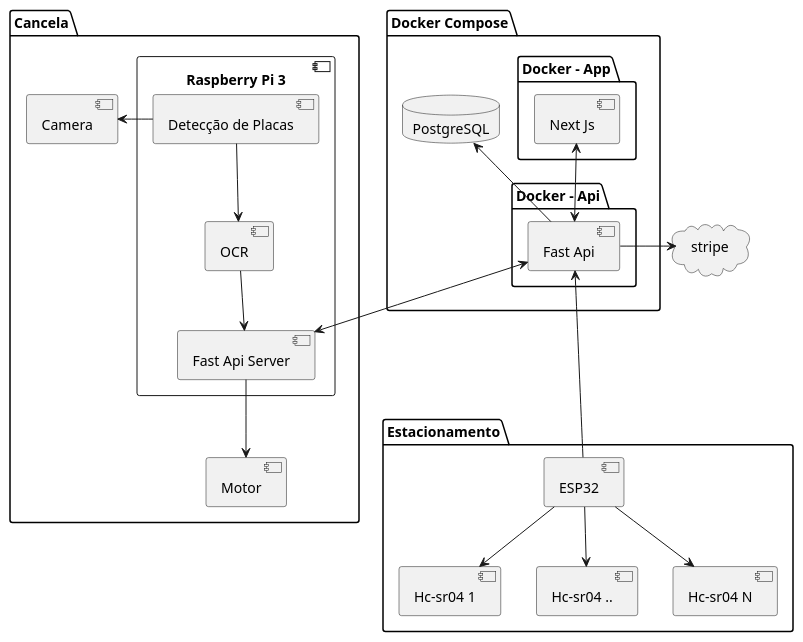
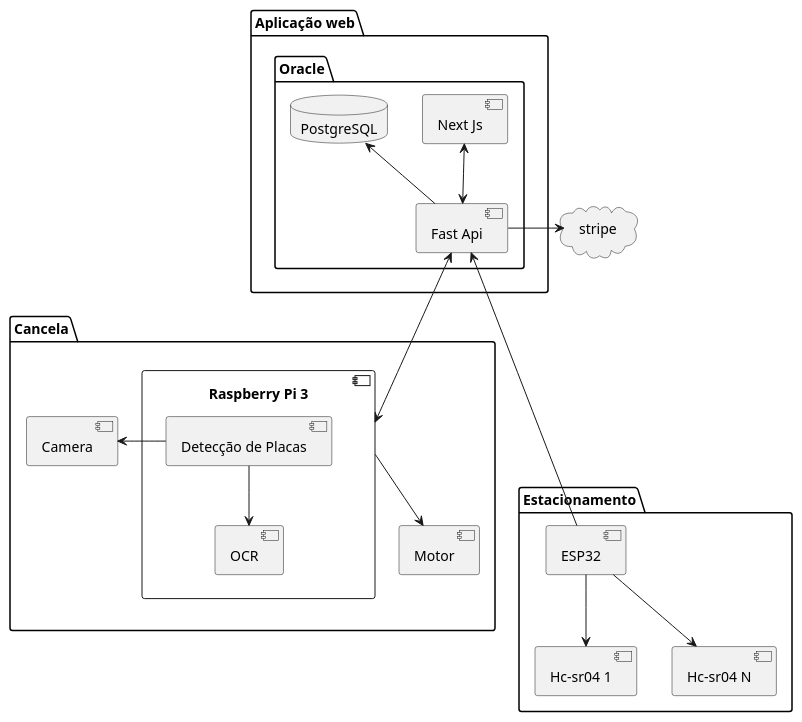
One commit to PI2-Cancela-Inteligente/docs changed the diagram in componentes/componentes.puml. Above: the diagram before and after it, drawn with PlantUML. The commit also changed 1 other file, not shown here.

```diff
--- a/componentes/componentes.puml
+++ b/componentes/componentes.puml
@@ -1,46 +1,40 @@
 @startuml
 cloud stripe
 
-package "Docker Compose"{
- package "Docker - App"{
+
+package "Aplicação web"{
+ package "Oracle"{
   component "Next Js"
- }
- database PostgreSQL
- package "Docker - Api" {
+  database PostgreSQL
   component "Fast Api"
  }
 }
 
-
 package Cancela{
  component "Raspberry Pi 3"{
-  component "Fast Api Server"
   component "Detecção de Placas" 
   component OCR
  }
  component Motor
  component Camera
 }
 
 package Estacionamento{
  component ESP32
  component "Hc-sr04 1"
- component "Hc-sr04 .."
  component "Hc-sr04 N"
 }
 
 "Fast Api" -> stripe 
 "Next Js" <--> "Fast Api"
 PostgreSQL <-- "Fast Api"
-"Fast Api" <--> "Fast Api Server"
+"Fast Api" <--> "Raspberry Pi 3"
 "Fast Api" <--- ESP32
 
-"Fast Api Server" --> Motor
+"Raspberry Pi 3" --> Motor
 "Detecção de Placas" -> Camera
 "Detecção de Placas" --> OCR
-OCR --> "Fast Api Server"
 
-ESP32 --> "Hc-sr04 1"
-ESP32 --> "Hc-sr04 .."
+ESP32 -->  "Hc-sr04 1"
 ESP32 --> "Hc-sr04 N"
 @enduml
```
